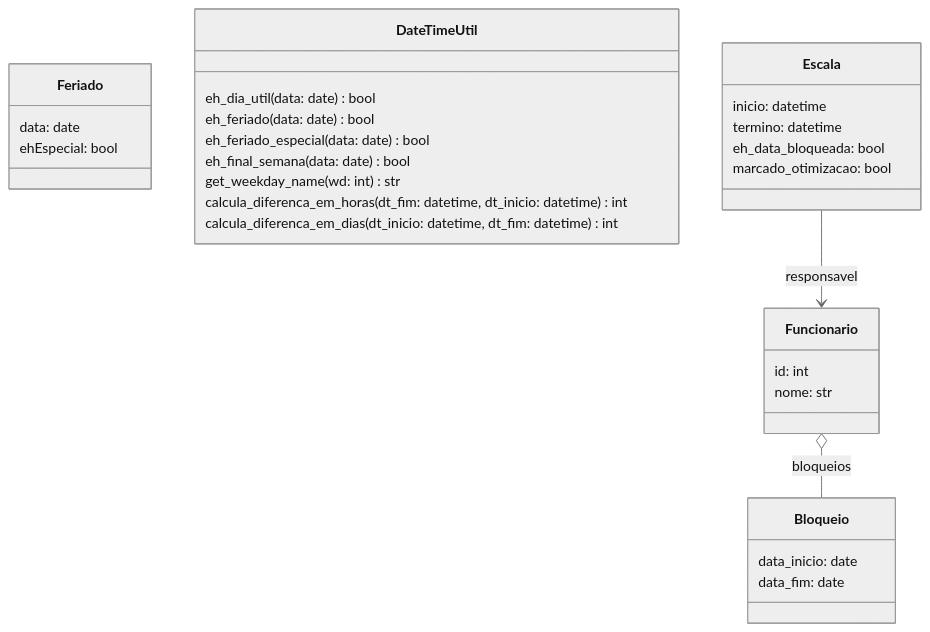
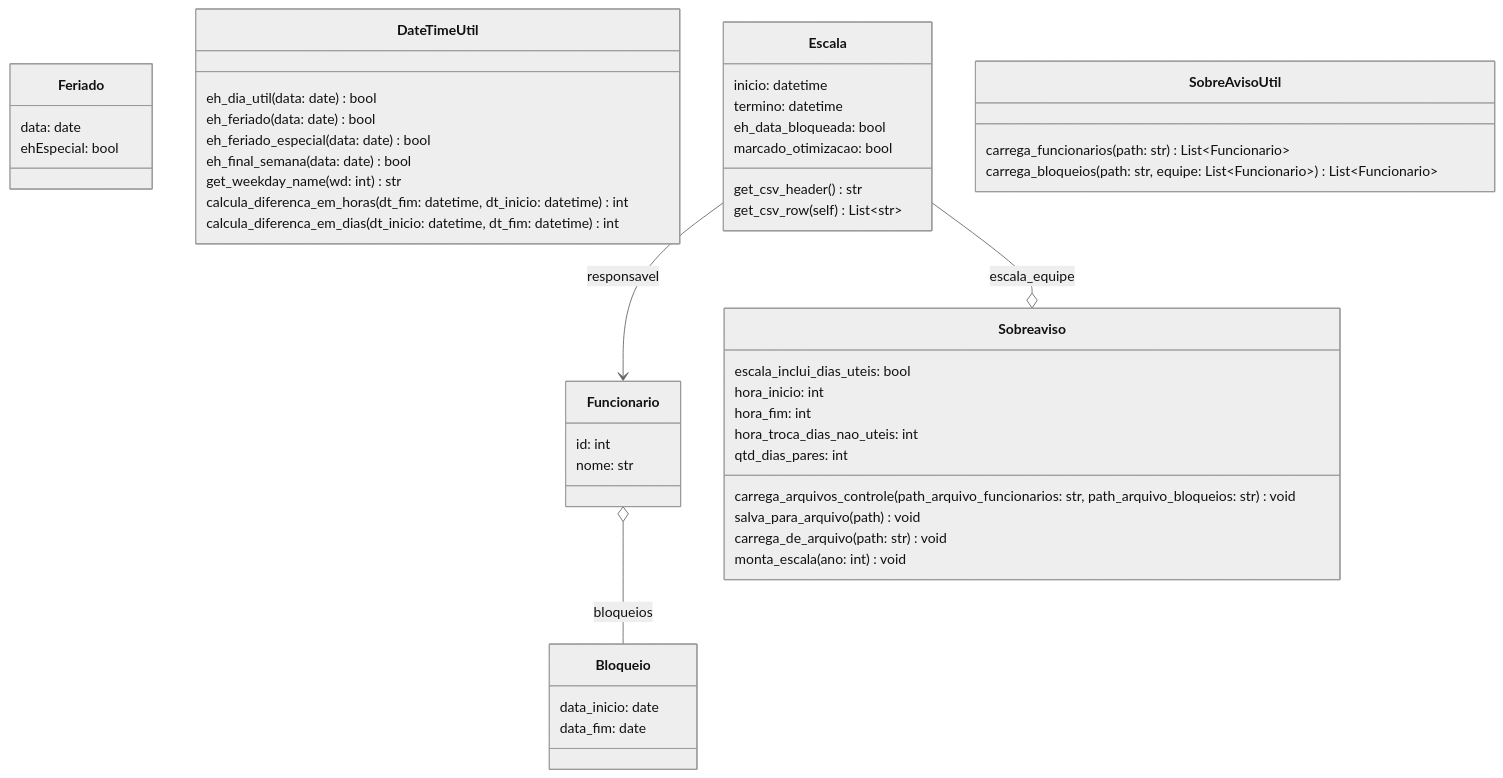
The diagram in apresentacao/modelo-classes.md (gdutramartins/bi-master-organizacao-planejamento), drawn with Mermaid (neutral theme) before and after one commit.

Commit message:
modelo classes

````diff
--- a/apresentacao/modelo-classes.md
+++ b/apresentacao/modelo-classes.md
@@ -1,36 +1,58 @@
 ```mermaid
 classDiagram
 class Feriado{
 data: date
 ehEspecial: bool
 }
 
 class DateTimeUtil{
 eh_dia_util(data: date) bool
 eh_feriado(data: date) bool
 eh_feriado_especial(data: date) bool
 eh_final_semana(data: date) bool
 get_weekday_name(wd: int) str
 calcula_diferenca_em_horas(dt_fim: datetime, dt_inicio: datetime) int
 calcula_diferenca_em_dias(dt_inicio: datetime, dt_fim: datetime) int
 }
 
 class Bloqueio {
 data_inicio: date
 data_fim: date
 }
 
 class Funcionario{
 id: int
 nome: str
 }
 Funcionario o-- Bloqueio : bloqueios
 
 class Escala{
  inicio: datetime
  termino: datetime
  eh_data_bloqueada: bool
  marcado_otimizacao: bool
+ 
+ get_csv_header() str
+ get_csv_row(self) List~str~
 }
 Escala --> Funcionario: responsavel
+
+class SobreAvisoUtil {
+ carrega_funcionarios(path: str) List~Funcionario~
+ carrega_bloqueios(path: str, equipe: List~Funcionario~)  List~Funcionario~
+}
+
+class Sobreaviso{
+ escala_inclui_dias_uteis: bool
+ hora_inicio: int
+ hora_fim: int
+ hora_troca_dias_nao_uteis: int
+ qtd_dias_pares: int      
+ 
+ carrega_arquivos_controle(path_arquivo_funcionarios: str, path_arquivo_bloqueios: str) void
+ salva_para_arquivo(path) void
+ carrega_de_arquivo(path: str) void
+ monta_escala(ano: int) void
+}
+Escala --o Sobreaviso: escala_equipe
 ```
````
